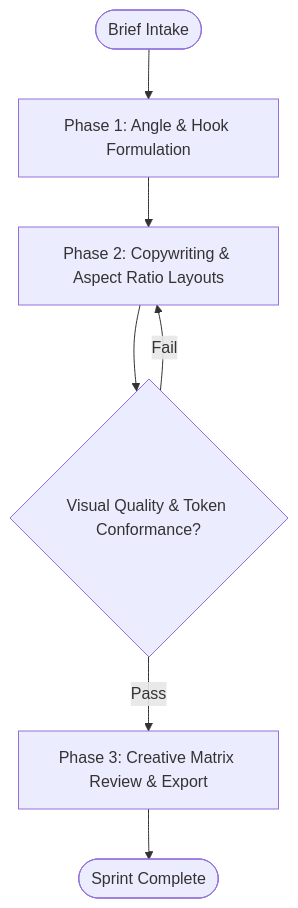
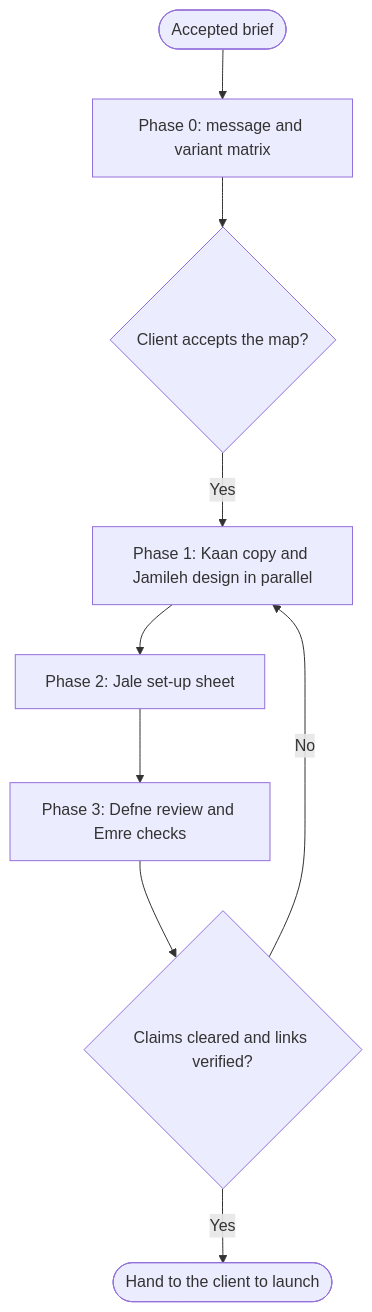
Before and after one commit to NeoAnthropocene/agents-united: the diagram in registry/skills/workflow-agency-ad-creative-sprint/SKILL.md, drawn with Mermaid. The commit also changed other lines of this file and 14 other files, not shown here.

````diff
--- a/registry/skills/workflow-agency-ad-creative-sprint/SKILL.md
+++ b/registry/skills/workflow-agency-ad-creative-sprint/SKILL.md
@@ -21,9 +25,11 @@
 ```mermaid
 graph TD
-    Start([Brief Intake]) --> P1[Phase 1: Angle & Hook Formulation]
-    P1 --> P2[Phase 2: Copywriting & Aspect Ratio Layouts]
-    P2 --> Gate1{"Visual Quality & Token Conformance?"}
-    Gate1 -->|Fail| P2
-    Gate1 -->|Pass| P3[Phase 3: Creative Matrix Review & Export]
-    P3 --> Done([Sprint Complete])
+    B([Accepted brief]) --> P0[Phase 0: message and variant matrix]
+    P0 --> G0{Client accepts the map?}
+    G0 -->|Yes| P1[Phase 1: Kaan copy and Jamileh design in parallel]
+    P1 --> P2[Phase 2: Jale set-up sheet]
+    P2 --> P3[Phase 3: Defne review and Emre checks]
+    P3 --> G1{Claims cleared and links verified?}
+    G1 -->|No| P1
+    G1 -->|Yes| Done([Hand to the client to launch])
 ```
````
